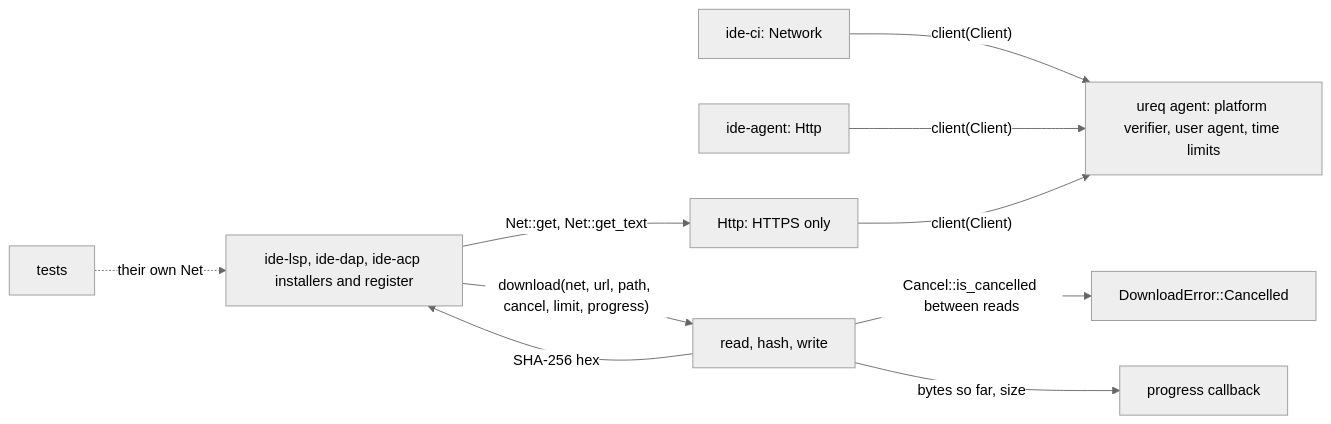
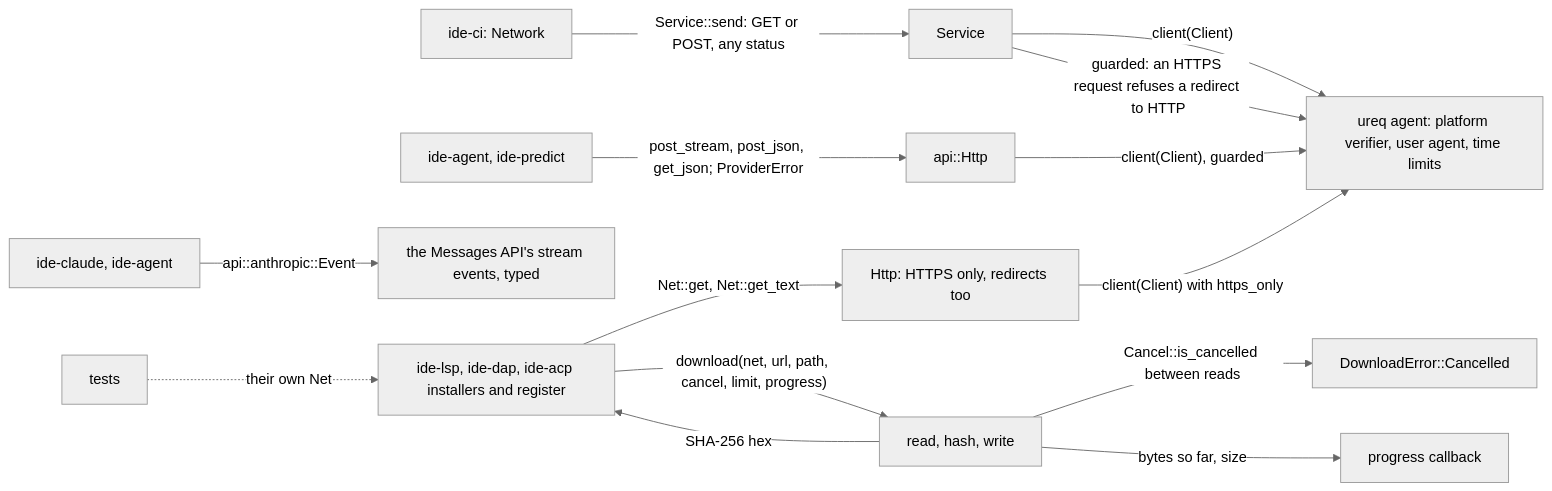
Before and after one commit to sventmueller/dango: the diagram in crates/ide-net/README.md, drawn with Mermaid (neutral theme). The commit also changed other lines of this file and 826 other files, not shown here.

````diff
--- a/crates/ide-net/README.md
+++ b/crates/ide-net/README.md
@@ -9,12 +13,16 @@
 ```mermaid
 flowchart LR
-    ci["ide-ci: Network"] -->|"client(Client)"| agent["ureq agent: platform verifier, user agent, time limits"]
-    provider["ide-agent: Http"] -->|"client(Client)"| agent
-    http["Http: HTTPS only"] -->|"client(Client)"| agent
+    ci["ide-ci: Network"] -->|"Service::send: GET or POST, any status"| service["Service"]
+    service -->|"client(Client)"| agent["ureq agent: platform verifier, user agent, time limits"]
+    service -->|"guarded: an HTTPS request refuses a redirect to HTTP"| agent
+    models["ide-agent, ide-predict"] -->|"post_stream, post_json, get_json; ProviderError"| provider["api::Http"]
+    provider -->|"client(Client), guarded"| agent
+    http["Http: HTTPS only, redirects too"] -->|"client(Client) with https_only"| agent
+    claude["ide-claude, ide-agent"] -->|"api::anthropic::Event"| events["the Messages API's stream events, typed"]
     installers["ide-lsp, ide-dap, ide-acp installers and register"] -->|"Net::get, Net::get_text"| http
     tests["tests"] -.->|"their own Net"| installers
     installers -->|"download(net, url, path, cancel, limit, progress)"| download["read, hash, write"]
     download -->|"Cancel::is_cancelled between reads"| cancelled["DownloadError::Cancelled"]
     download -->|"bytes so far, size"| progress["progress callback"]
     download -->|"SHA-256 hex"| installers
 ```
````
